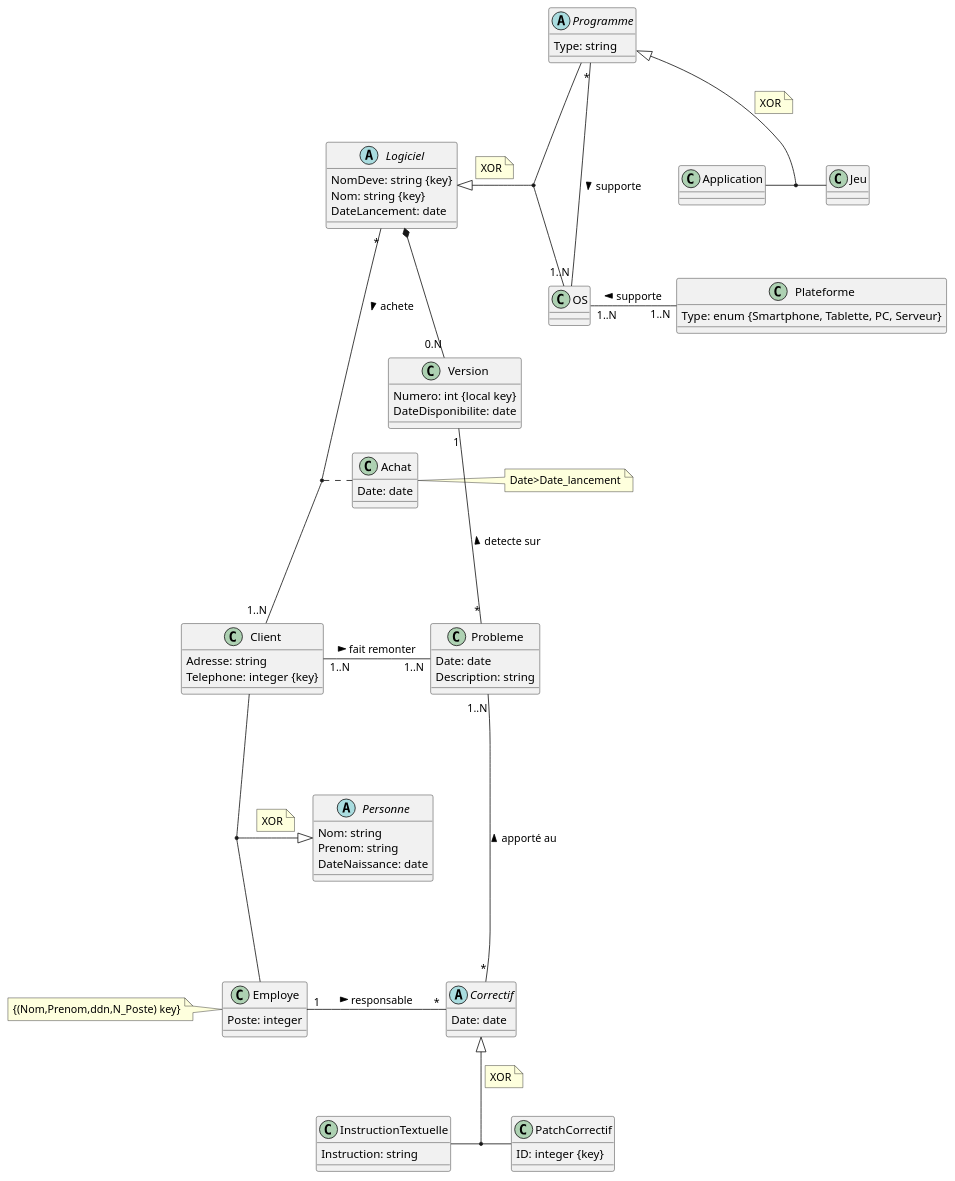
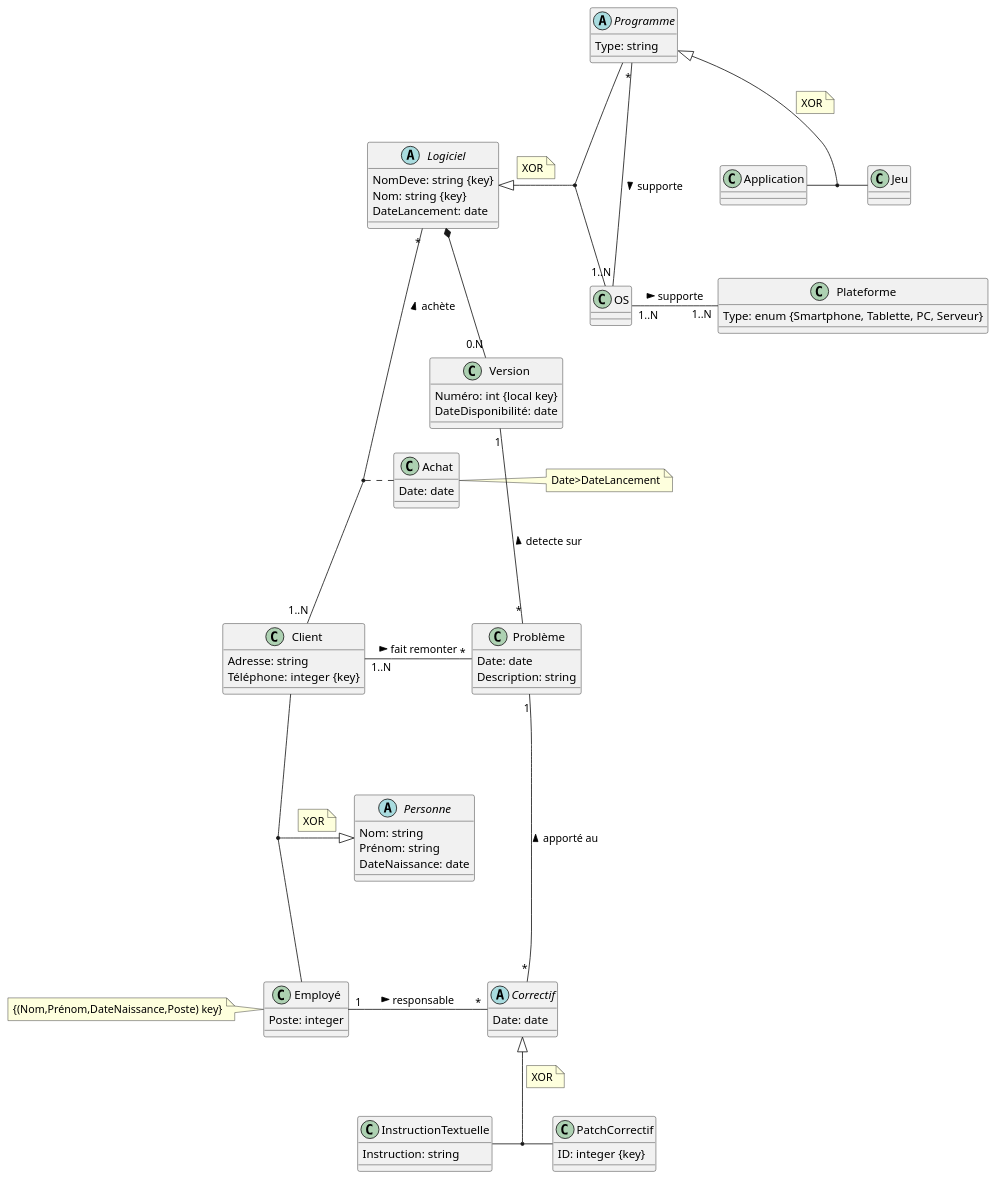
Before and after one commit to theophaneDurand/Pear: the diagram in UML files/UML.plantuml, drawn with PlantUML.

```diff
--- a/UML files/UML.plantuml
+++ b/UML files/UML.plantuml
@@ -1,91 +1,83 @@
 @startuml
+
 abstract class Logiciel{
   NomDeve: string {key}
   Nom: string {key}
   DateLancement: date
 }
 class Version{
-  Numero: int {local key}
-  DateDisponibilite: date
+  Numéro: int {local key}
+  DateDisponibilité: date
 }
-class Probleme{
+class Problème{
   Date: date
   Description: string
 }
 abstract class Correctif{
   Date: date
 }
 class InstructionTextuelle{
   Instruction: string
 }
 class PatchCorrectif{
   ID: integer {key}
 }
 abstract class Personne{
   Nom: string
-  Prenom: string
+  Prénom: string
   DateNaissance: date
 }
-
-class Employe{
+class Employé{
   Poste: integer
 }
-class Employe
-note left: {(Nom,Prenom,ddn,N_Poste) key}
+class Employé
+note left: {(Nom,Prénom,DateNaissance,Poste) key}
 class Client{
   Adresse: string
-  Telephone: integer {key}
+  Téléphone: integer {key}
 }
 class Achat{
   Date: date
 }
 class Achat
-note right: Date>Date_lancement
+note right: Date>DateLancement
 class OS
 abstract class Programme{
   Type: string
 }
 class Application
 class Jeu
 class Plateforme{
   Type: enum {Smartphone, Tablette, PC, Serveur}
 }
-Client--- Employe
-(Client, Employe) --|> Personne
+Client--- Employé
+(Client, Employé) --|> Personne
 note top on link
 XOR
 end note
 
-Employe "1" -"*" Correctif: responsable >
+Employé "1" -"*" Correctif: responsable >
 InstructionTextuelle - PatchCorrectif
 Correctif <|-- (InstructionTextuelle,PatchCorrectif)
 note right on link
 XOR
 end note
-
-Client"1..N" - "1..N" Probleme: fait remonter >
-Probleme"1..N" ---"*" Correctif: apporté au <
-Version "1"---"*" Probleme : detecte sur <
+Client "1..N" - "*" Problème: fait remonter >
+Problème "1" ---"*" Correctif: apporté au <
+Version "1"---"*" Problème : detecte sur <
 Logiciel *-- "0.N" Version
-Logiciel "*" ---"1..N"Client : achete >
+Logiciel "*" ---"1..N"Client : achète <
 Achat..(Client,Logiciel)
-
 Logiciel <|-- (Programme,OS)
 note right on link
 XOR
 end note
 Programme "*"---"1..N" OS: supporte >
-
-OS "1..N"-"1..N" Plateforme: supporte <
-
+OS "1..N"-"1..N" Plateforme: supporte >
 Application-Jeu
 Programme <|-- (Application,Jeu)
 note right on link
 XOR
 end note
 
-
-
-
-
 @enduml
```
